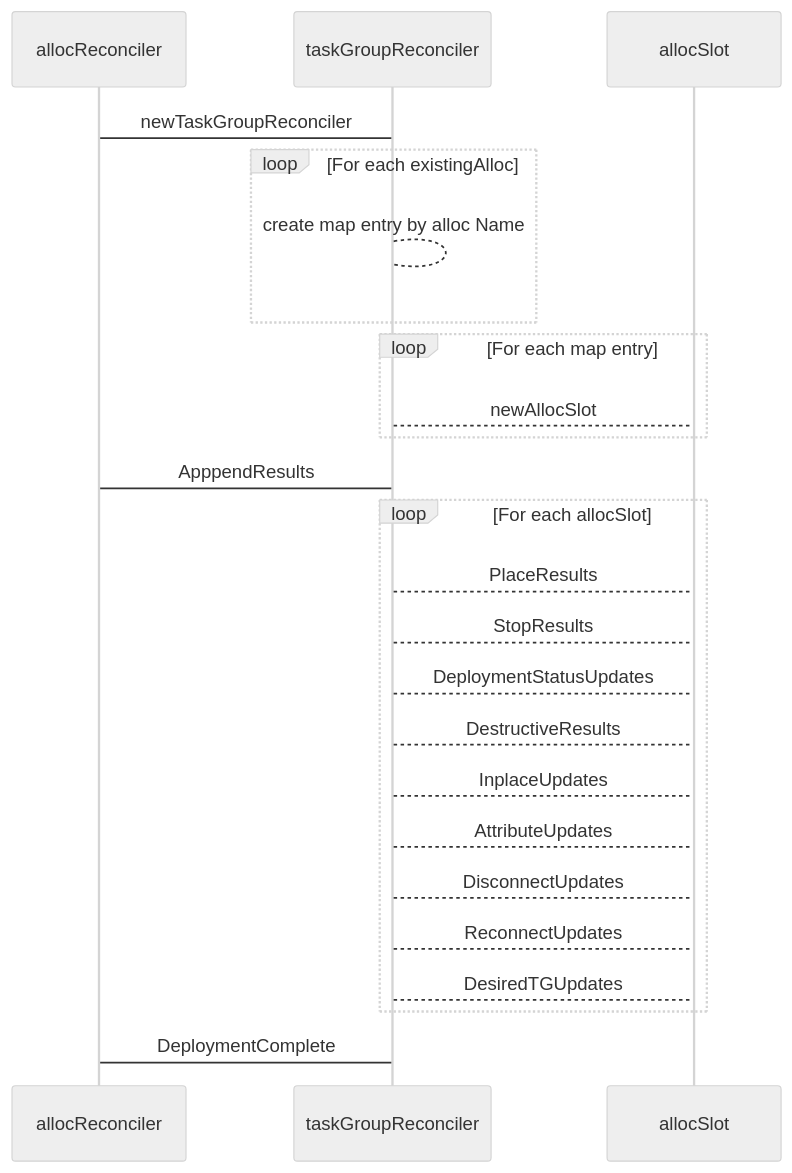
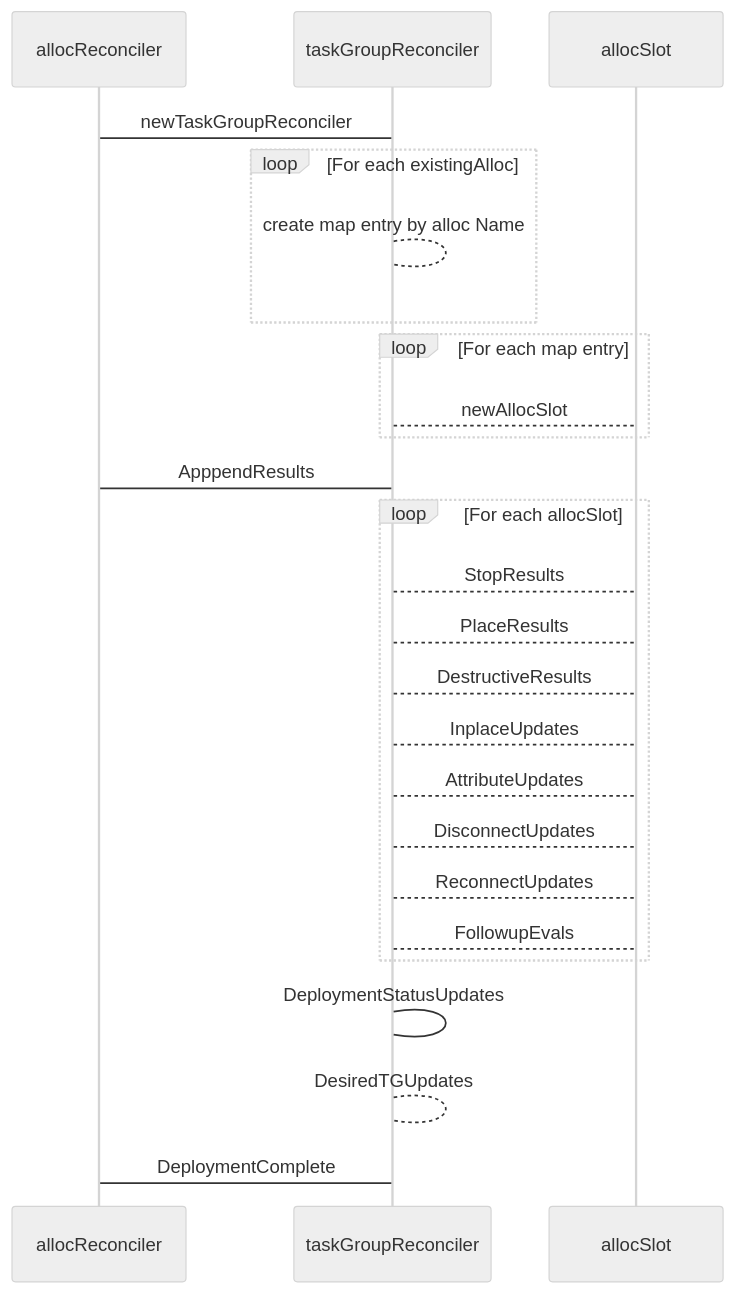
Before and after one commit to hashicorp/nomad: the second of 2 diagrams in scheduler/TASK_GROUP_RECONCILER.md, drawn with Mermaid (neutral theme). The commit also changed 1 other file, not shown here.

Commit message:
update docs; refactor code to match docs;update diagram to match refactor

````diff
--- a/scheduler/TASK_GROUP_RECONCILER.md
+++ b/scheduler/TASK_GROUP_RECONCILER.md
@@ -269,23 +269,25 @@
 ```mermaid
 sequenceDiagram
     allocReconciler->taskGroupReconciler: newTaskGroupReconciler
     loop For each existingAlloc
         taskGroupReconciler-->taskGroupReconciler: create map entry by alloc Name
     end
     loop For each map entry
         taskGroupReconciler-->allocSlot: newAllocSlot
     end
     allocReconciler->taskGroupReconciler: ApppendResults
     loop For each allocSlot
+      taskGroupReconciler-->allocSlot: StopResults
       taskGroupReconciler-->allocSlot: PlaceResults
-      taskGroupReconciler-->allocSlot: StopResults
-      taskGroupReconciler-->allocSlot: DeploymentStatusUpdates
       taskGroupReconciler-->allocSlot: DestructiveResults
       taskGroupReconciler-->allocSlot: InplaceUpdates
       taskGroupReconciler-->allocSlot: AttributeUpdates
       taskGroupReconciler-->allocSlot: DisconnectUpdates
       taskGroupReconciler-->allocSlot: ReconnectUpdates
-      taskGroupReconciler-->allocSlot: DesiredTGUpdates
+      taskGroupReconciler-->allocSlot: FollowupEvals
     end
+    taskGroupReconciler->taskGroupReconciler: DeploymentStatusUpdates
+    taskGroupReconciler-->taskGroupReconciler: DesiredTGUpdates
+    
     allocReconciler->taskGroupReconciler: DeploymentComplete
 ```
````
